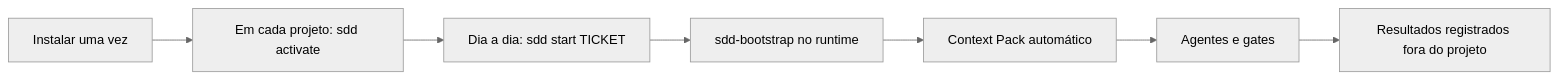
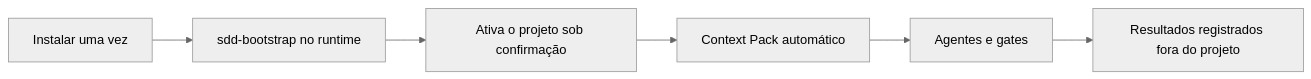
Before and after one commit to fellipemauriciosilva/sdd-toolkit: the diagram in docs/QUICKSTART.md, drawn with Mermaid (neutral theme). The commit also changed other lines of this file and 40 other files, not shown here.

First line of the commit message:
feat: start demands in-runtime and support projects created from scratch

````diff
--- a/docs/QUICKSTART.md
+++ b/docs/QUICKSTART.md
@@ -7,9 +7,8 @@
 ```mermaid
 flowchart LR
-    I[Instalar uma vez] --> A[Em cada projeto: sdd activate]
-    A --> S[Dia a dia: sdd start TICKET]
-    S --> B[sdd-bootstrap no runtime]
-    B --> P[Context Pack automático]
+    I[Instalar uma vez] --> B[sdd-bootstrap no runtime]
+    B --> A[Ativa o projeto sob confirmação]
+    A --> P[Context Pack automático]
     P --> G[Agentes e gates]
     G --> R[Resultados registrados fora do projeto]
 ```
````
